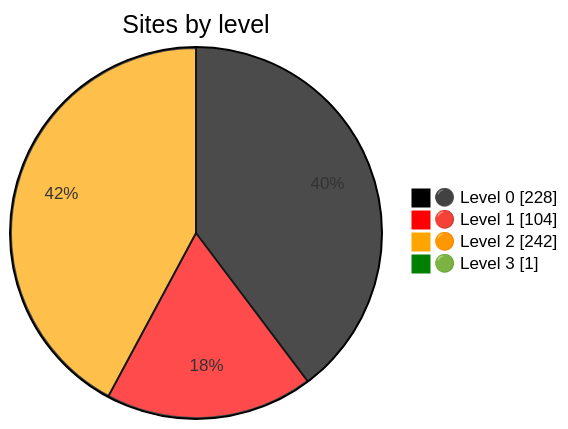
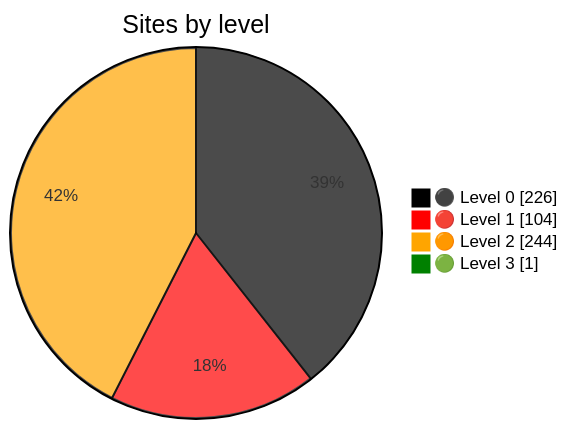
Before and after one commit to nuuuwan/gov_lk_web_auditor: the diagram in README.md, drawn with Mermaid. The commit also changed other lines of this file and 2540 other files, not shown here.

````diff
--- a/README.md
+++ b/README.md
@@ -24,9 +24,9 @@
 ```mermaid
 %%{init: {"themeVariables":{"pie1":"black","pie2":"red","pie3":"orange","pie4":"green"}}}%%
 pie showData
     title Sites by level
-    "⚫ Level 0" : 228
+    "⚫ Level 0" : 226
     "🔴 Level 1" : 104
-    "🟠 Level 2" : 242
+    "🟠 Level 2" : 244
     "🟢 Level 3" : 1
 ```
````
